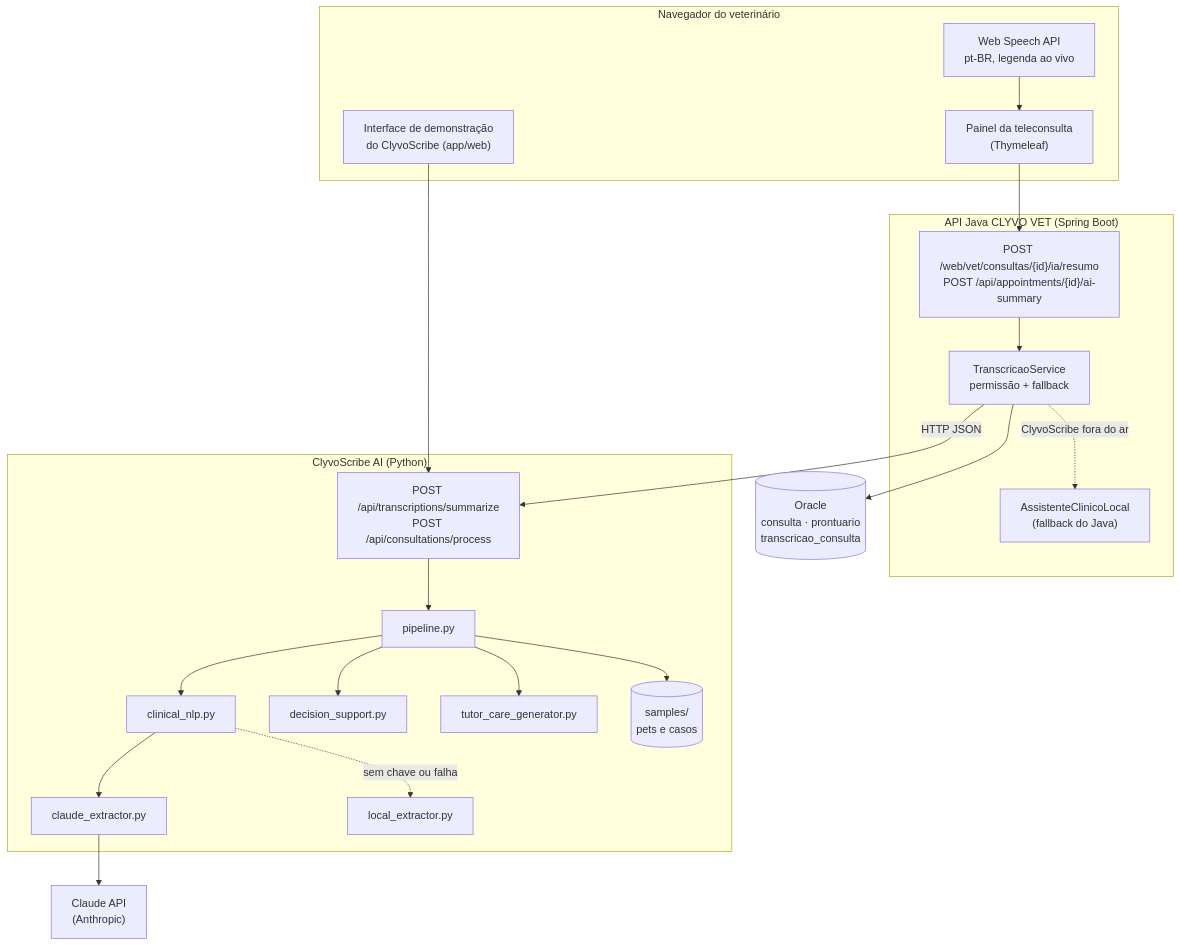
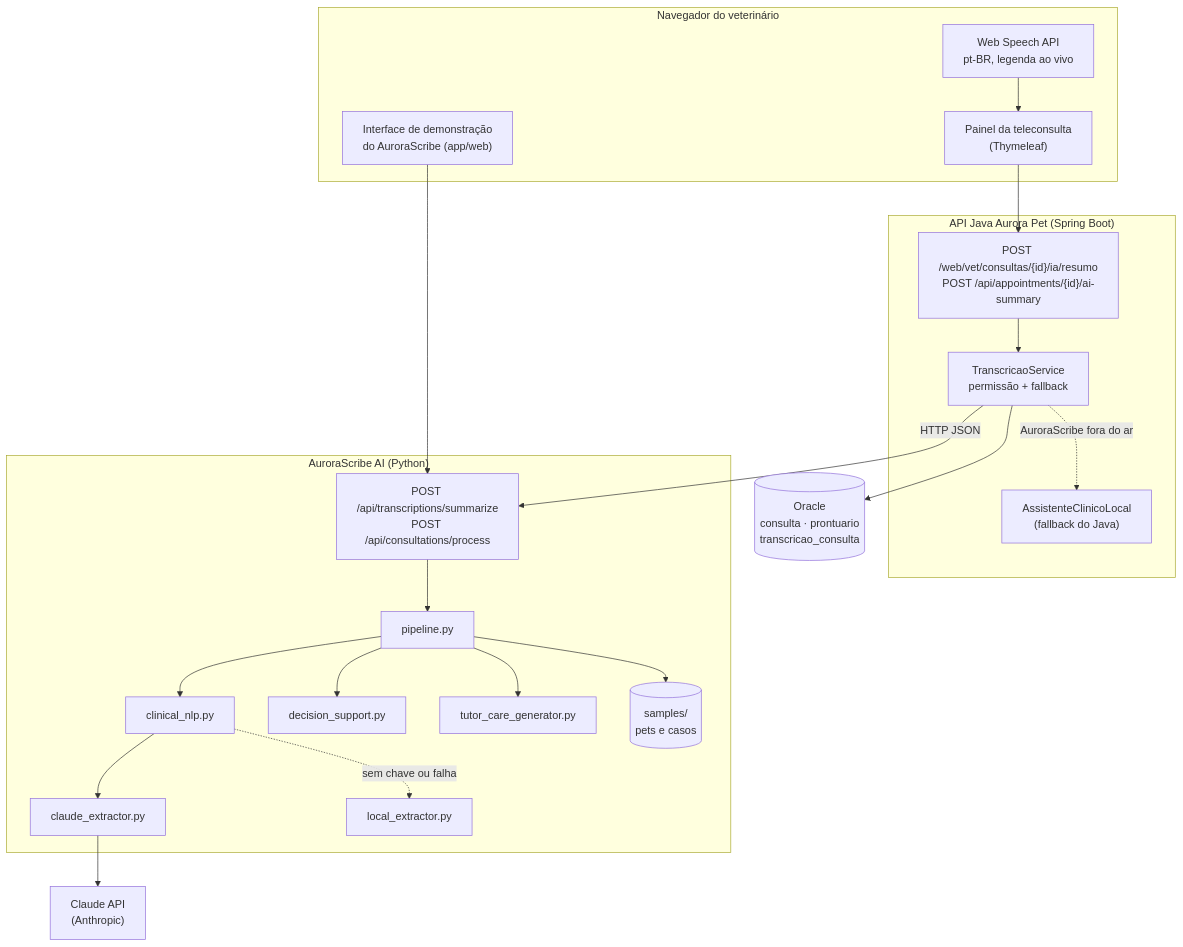
One commit to MCGI-PW/IoT-Clyvo-Vet_M changed the first of 2 diagrams in docs/ARCHITECTURE.md. Above: the diagram before and after it, drawn with Mermaid. The commit also changed other lines of this file and 25 other files, not shown here.

First line of the commit message:
feat: nova marca Aurora Pet e AuroraScribe AI

````diff
--- a/docs/ARCHITECTURE.md
+++ b/docs/ARCHITECTURE.md
@@ -29,42 +29,42 @@
 ```mermaid
 flowchart TB
     subgraph Navegador["Navegador do veterinário"]
         UI["Painel da teleconsulta<br/>(Thymeleaf)"]
         WSA["Web Speech API<br/>pt-BR, legenda ao vivo"]
-        DEMO["Interface de demonstração<br/>do ClyvoScribe (app/web)"]
+        DEMO["Interface de demonstração<br/>do AuroraScribe (app/web)"]
     end
 
-    subgraph Java["API Java CLYVO VET (Spring Boot)"]
+    subgraph Java["API Java Aurora Pet (Spring Boot)"]
         CTRL["POST /web/vet/consultas/{id}/ia/resumo<br/>POST /api/appointments/{id}/ai-summary"]
         SVC["TranscricaoService<br/>permissão + fallback"]
         JLOCAL["AssistenteClinicoLocal<br/>(fallback do Java)"]
     end
 
     DB[("Oracle<br/>consulta · prontuario<br/>transcricao_consulta")]
 
-    subgraph Scribe["ClyvoScribe AI (Python)"]
+    subgraph Scribe["AuroraScribe AI (Python)"]
         API["POST /api/transcriptions/summarize<br/>POST /api/consultations/process"]
         PIPE["pipeline.py"]
         NLP["clinical_nlp.py"]
         CL["claude_extractor.py"]
         LX["local_extractor.py"]
         DS["decision_support.py"]
         TG["tutor_care_generator.py"]
         SAMPLES[("samples/<br/>pets e casos")]
     end
 
     CLAUDE["Claude API<br/>(Anthropic)"]
 
     WSA --> UI
     UI --> CTRL --> SVC
     SVC -->|"HTTP JSON"| API
-    SVC -.->|"ClyvoScribe fora do ar"| JLOCAL
+    SVC -.->|"AuroraScribe fora do ar"| JLOCAL
     SVC --> DB
     DEMO --> API
     API --> PIPE --> NLP
     NLP --> CL --> CLAUDE
     NLP -.->|"sem chave ou falha"| LX
     PIPE --> DS
     PIPE --> TG
     PIPE --> SAMPLES
 ```
````
